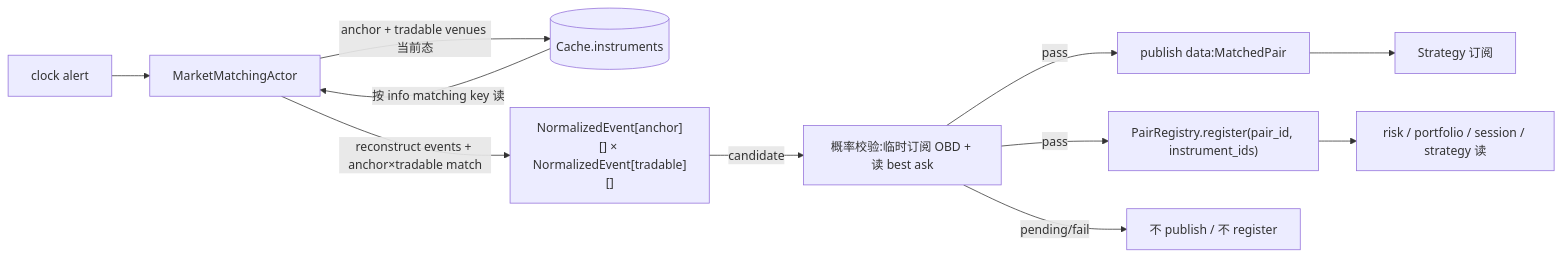
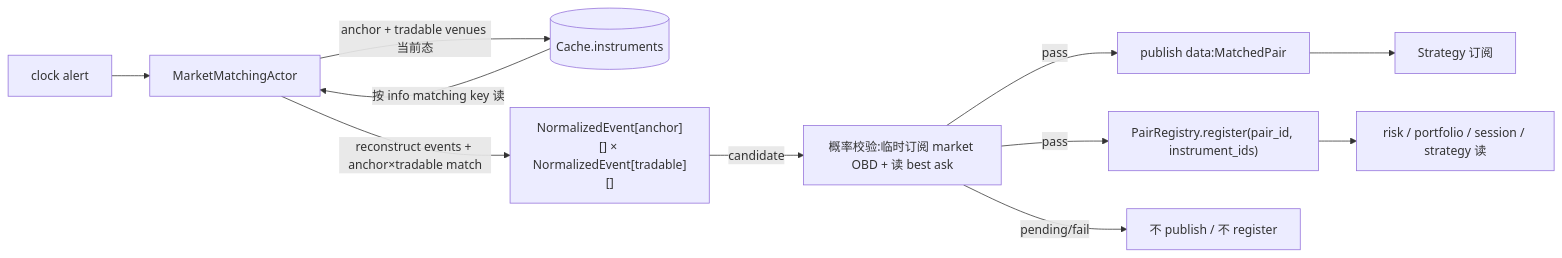
One commit to psnewer/nautilus_trader changed the first of 2 diagrams in docs/arbitrage/architectures/matching/architecture.md. Above: the diagram before and after it, drawn with Mermaid. The commit also changed other lines of this file and 38 other files, not shown here.

````diff
--- a/docs/arbitrage/architectures/matching/architecture.md
+++ b/docs/arbitrage/architectures/matching/architecture.md
@@ -38,13 +38,13 @@
 ```mermaid
 flowchart LR
   T["clock alert"] --> MA[MarketMatchingActor]
   MA -->|anchor + tradable venues 当前态| C[(Cache.instruments)]
   C -->|按 info matching key 读| MA
   MA -->|reconstruct events + anchor×tradable match| MATCH["NormalizedEvent[anchor][] × NormalizedEvent[tradable][]"]
-  MATCH -->|candidate| PV["概率校验:临时订阅 OBD + 读 best ask"]
+  MATCH -->|candidate| PV["概率校验:临时订阅 market OBD + 读 best ask"]
   PV -->|pass| EV["publish data:MatchedPair"]
   PV -->|pass| REG["PairRegistry.register(pair_id, instrument_ids)"]
   PV -->|pending/fail| HOLD["不 publish / 不 register"]
   REG --> RPS["risk / portfolio / session / strategy 读"]
   EV --> ST[Strategy 订阅]
 ```
````
